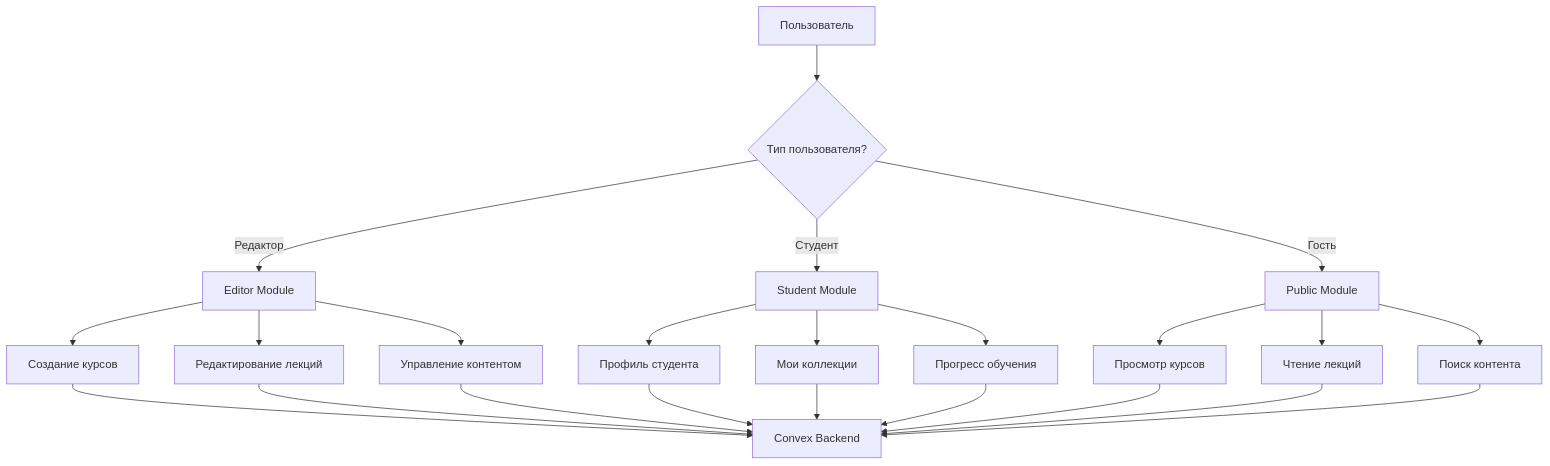
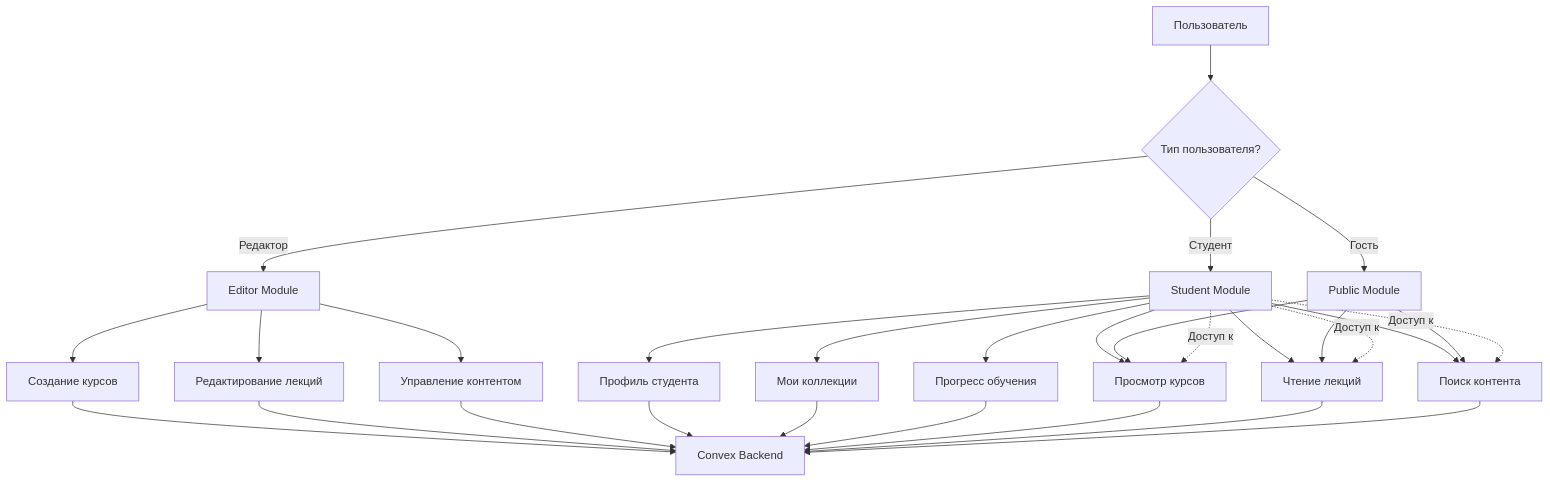
One commit to a1x02/BiGOR_2.0 changed the fifth of 10 diagrams in ARCHITECTURE_DIAGRAM.md. Above: the diagram before and after it, drawn with Mermaid. The commit also changed other lines of this file, not shown here.

````diff
--- a/ARCHITECTURE_DIAGRAM.md
+++ b/ARCHITECTURE_DIAGRAM.md
@@ -260,30 +260,38 @@
 ```mermaid
 flowchart TD
     A[Пользователь] --> B{Тип пользователя?}
 
     B -->|Редактор| C[Editor Module]
     B -->|Студент| D[Student Module]
     B -->|Гость| E[Public Module]
 
     C --> F[Создание курсов]
     C --> G[Редактирование лекций]
     C --> H[Управление контентом]
 
     D --> I[Профиль студента]
     D --> J[Мои коллекции]
     D --> K[Прогресс обучения]
+    D --> L[Просмотр курсов]
+    D --> M[Чтение лекций]
+    D --> N[Поиск контента]
 
-    E --> L[Просмотр курсов]
-    E --> M[Чтение лекций]
-    E --> N[Поиск контента]
+    E --> L
+    E --> M
+    E --> N
 
     F --> O[Convex Backend]
     G --> O
     H --> O
     I --> O
     J --> O
     K --> O
     L --> O
     M --> O
     N --> O
+
+    %% Показываем что студент имеет доступ к функциям гостя
+    D -.->|Доступ к| L
+    D -.->|Доступ к| M
+    D -.->|Доступ к| N
 ```
````
